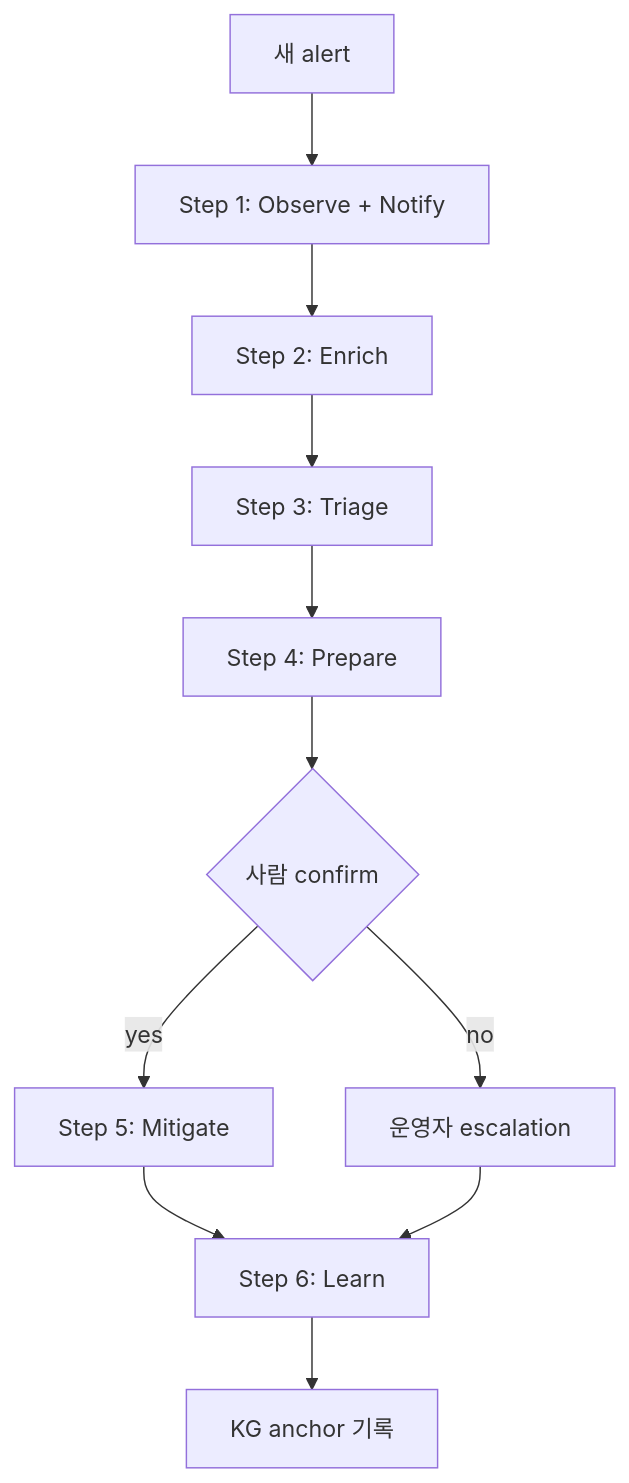
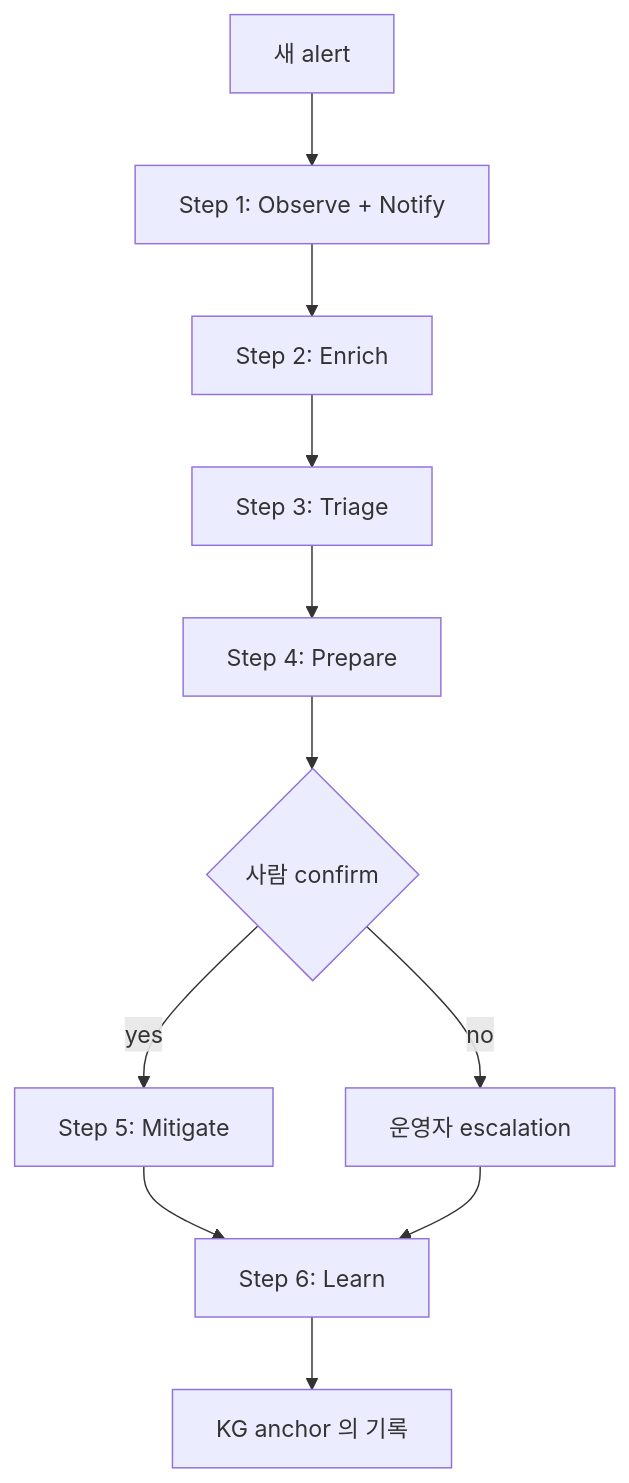
One commit to mrgrit/ccc changed the first of 4 diagrams in contents/standalone/lecture/aisec/week12.md. Above: the diagram before and after it, drawn with Mermaid. The commit also changed other lines of this file and 14 other files, not shown here.

````diff
--- a/contents/standalone/lecture/aisec/week12.md
+++ b/contents/standalone/lecture/aisec/week12.md
@@ -49,13 +89,13 @@
 ```mermaid
 flowchart TB
     A[새 alert] --> B[Step 1: Observe + Notify]
     B --> C[Step 2: Enrich]
     C --> D[Step 3: Triage]
     D --> E[Step 4: Prepare]
     E --> F{사람 confirm}
     F -- yes --> G[Step 5: Mitigate]
     F -- no --> H[운영자 escalation]
     G --> I[Step 6: Learn]
     H --> I
-    I --> J[KG anchor 기록]
+    I --> J[KG anchor 의 기록]
 ```
````
